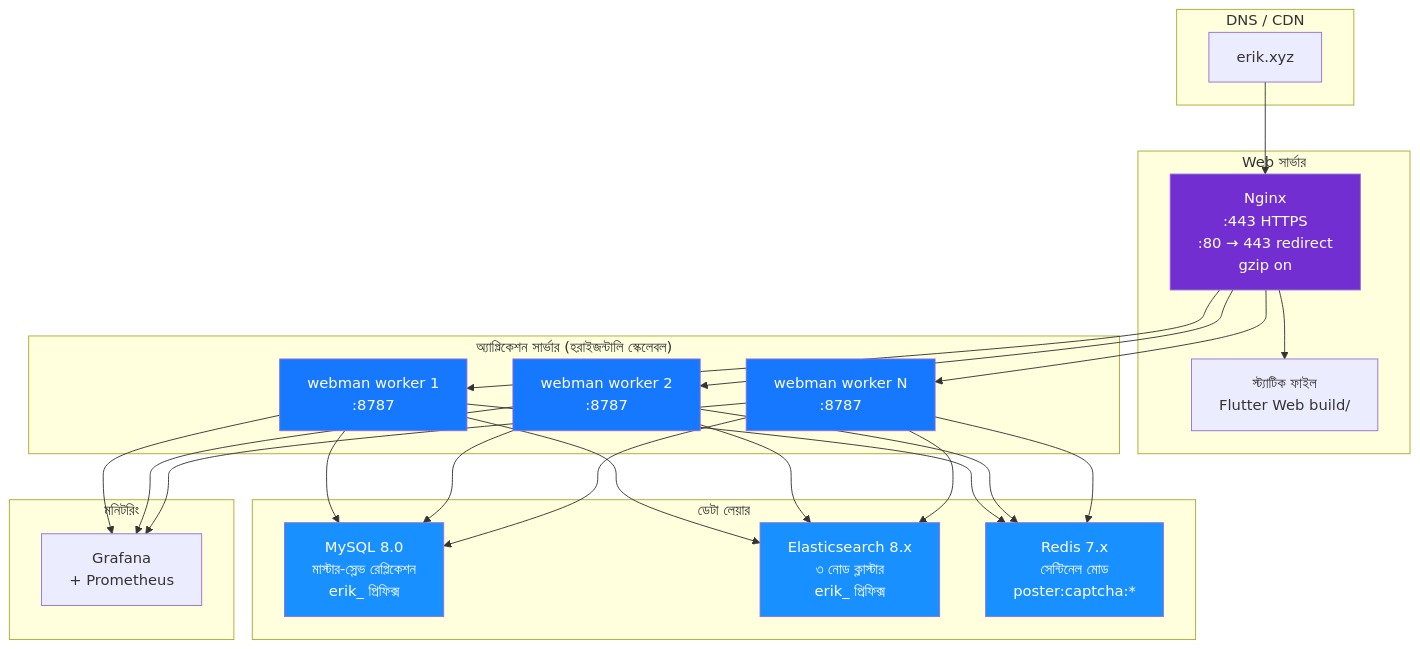
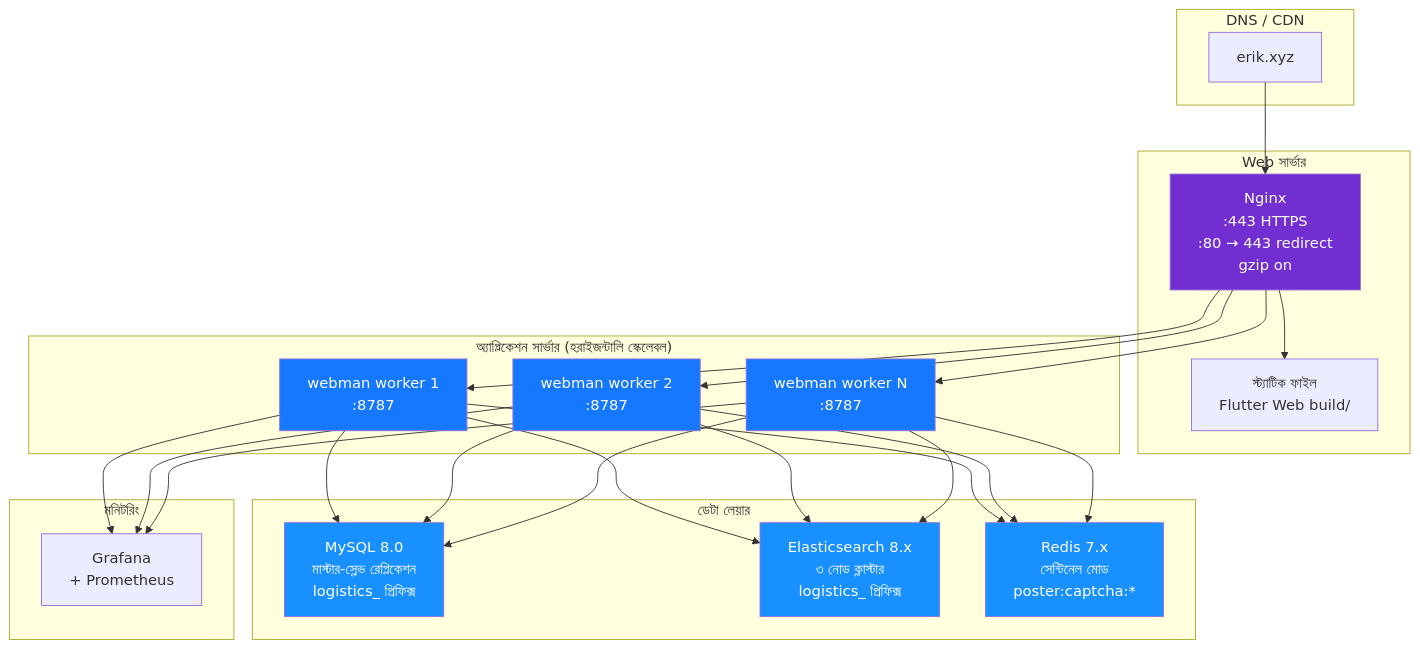
One commit to erikwang2013/integrated-global-logistics changed diagram 14 of 14 in admin/docs/ARCHITECTURE.bn.md. Above: the diagram before and after it, drawn with Mermaid. The commit also changed other lines of this file and 211 other files, not shown here.

````diff
--- a/admin/docs/ARCHITECTURE.bn.md
+++ b/admin/docs/ARCHITECTURE.bn.md
@@ -652,43 +652,43 @@
 ```mermaid
 flowchart TB
     subgraph "DNS / CDN"
         DNS["erik.xyz"]
     end
 
     subgraph "Web সার্ভার"
         NGX["Nginx<br/>:443 HTTPS<br/>:80 → 443 redirect<br/>gzip on"]
         STA["স্ট্যাটিক ফাইল<br/>Flutter Web build/"]
     end
 
     subgraph "অ্যাপ্লিকেশন সার্ভার (হরাইজন্টালি স্কেলেবল)"
         WM1["webman worker 1<br/>:8787"]
         WM2["webman worker 2<br/>:8787"]
         WM3["webman worker N<br/>:8787"]
     end
 
     subgraph "ডেটা লেয়ার"
-        MYSQL["MySQL 8.0<br/>মাস্টার-স্লেভ রেপ্লিকেশন<br/>erik_ প্রিফিক্স"]
-        ES["Elasticsearch 8.x<br/>৩ নোড ক্লাস্টার<br/>erik_ প্রিফিক্স"]
+        MYSQL["MySQL 8.0<br/>মাস্টার-স্লেভ রেপ্লিকেশন<br/>logistics_ প্রিফিক্স"]
+        ES["Elasticsearch 8.x<br/>৩ নোড ক্লাস্টার<br/>logistics_ প্রিফিক্স"]
         REDIS["Redis 7.x<br/>সেন্টিনেল মোড<br/>poster:captcha:*"]
     end
 
     subgraph "মনিটরিং"
         MON["Grafana<br/>+ Prometheus"]
     end
 
     DNS --> NGX
     NGX --> STA
     NGX --> WM1 & WM2 & WM3
     WM1 & WM2 & WM3 --> MYSQL
     WM1 & WM2 & WM3 --> ES
     WM1 & WM2 & WM3 --> REDIS
     WM1 & WM2 & WM3 --> MON
 
     style NGX fill:#722ED1,color:#fff
     style WM1 fill:#1677FF,color:#fff
     style WM2 fill:#1677FF,color:#fff
     style WM3 fill:#1677FF,color:#fff
     style MYSQL fill:#1890FF,color:#fff
     style ES fill:#1890FF,color:#fff
     style REDIS fill:#1890FF,color:#fff
 ```
````
